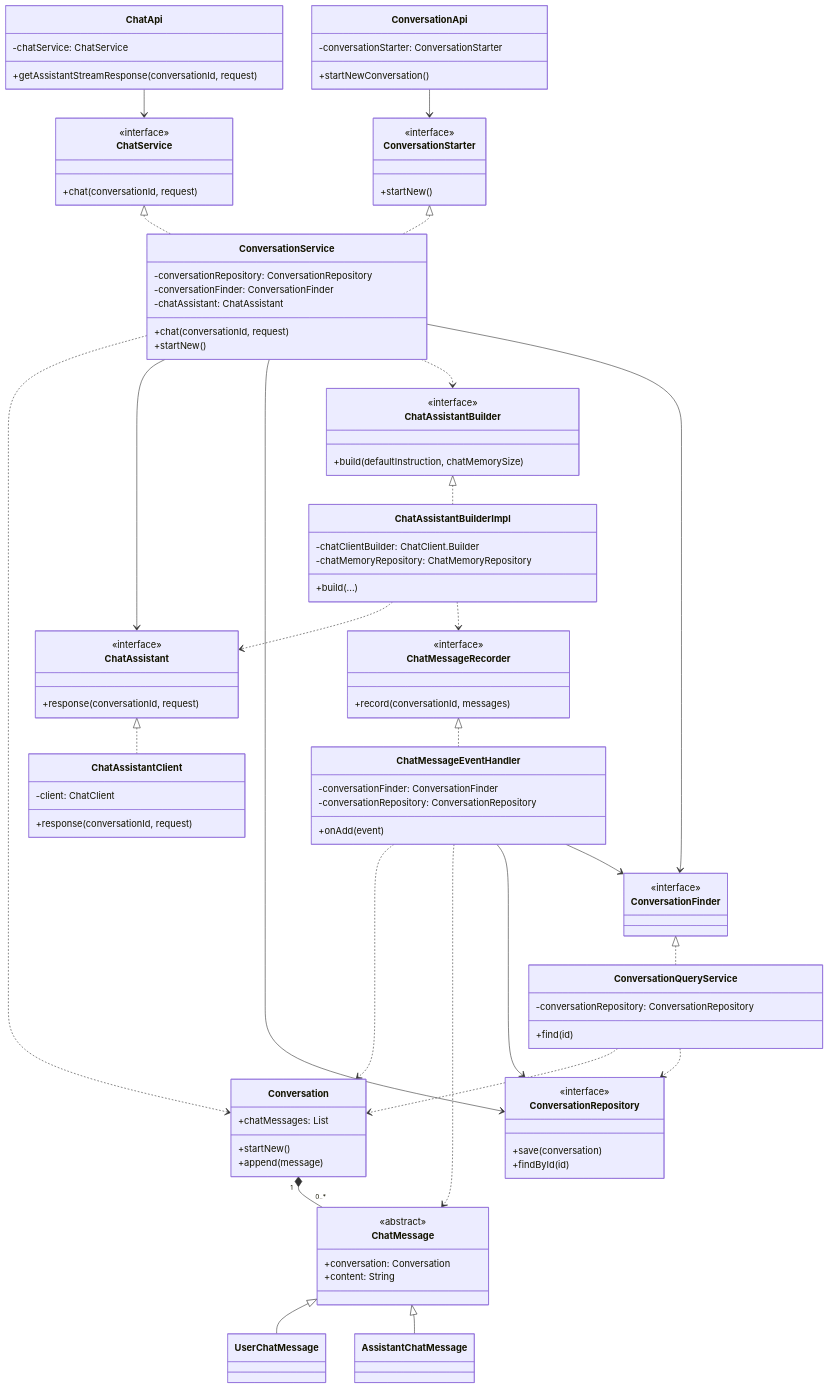
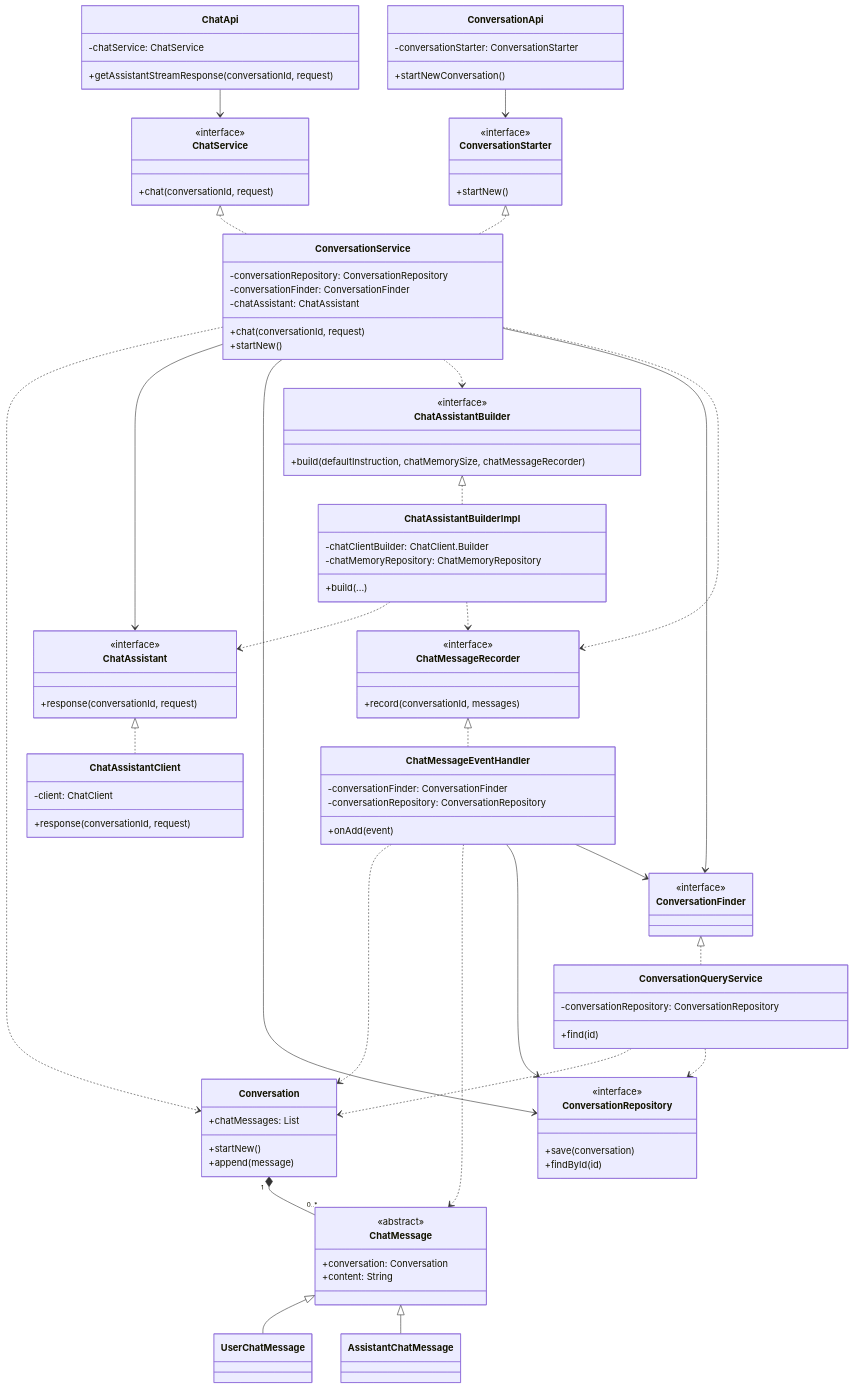
One commit to MASKUN2/ai-managed-srs changed the diagram in readme.md. Above: the diagram before and after it, drawn with Mermaid.

Commit message:
클래스 다이어그램에 ChatMessageRecorder 추가 및 연결 관계 수정

````diff
--- a/readme.md
+++ b/readme.md
@@ -140,7 +140,7 @@
     }
 
     class ChatAssistantBuilder {
-        +build(defaultInstruction, chatMemorySize)
+        +build(defaultInstruction, chatMemorySize, chatMessageRecorder)
     }
 
     <<interface>> ChatAssistant
@@ -151,6 +151,7 @@
     <<interface>> ConversationRepository
     <<abstract>> ChatMessage
     <<interface>> ChatAssistantBuilder
+
     ChatApi --> ChatService
     ConversationApi --> ConversationStarter
     ConversationService ..> Conversation
@@ -175,7 +176,6 @@
     ConversationStarter <|.. ConversationService
     ConversationFinder <|.. ConversationQueryService
     ConversationService --> ConversationFinder
-
-
+    ConversationService ..> ChatMessageRecorder
 
 ```
````
